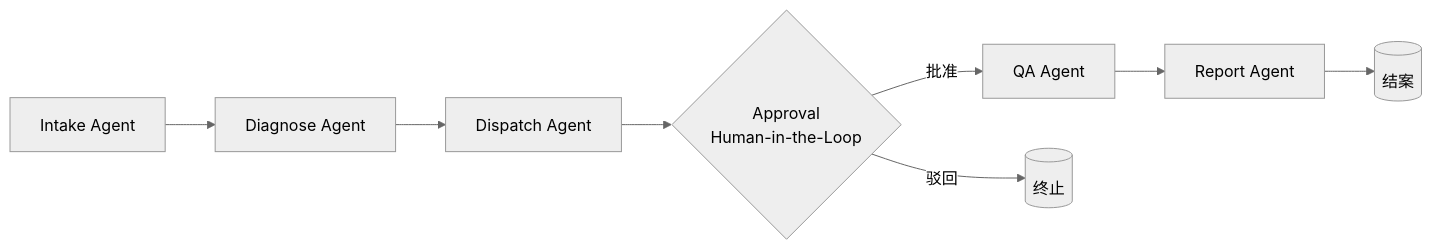
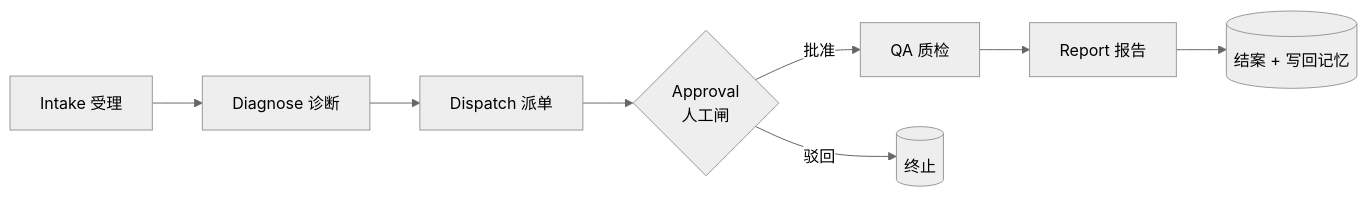
One commit to digitsouler/facility-multiagents changed the diagram in README.md. Above: the diagram before and after it, drawn with Mermaid (neutral theme). The commit also changed other lines of this file and 3 other files, not shown here.

````diff
--- a/README.md
+++ b/README.md
@@ -150,10 +55,10 @@
 ```mermaid
 graph LR
-    A[Intake Agent] --> B[Diagnose Agent]
-    B --> C[Dispatch Agent]
-    C --> D{Approval<br/>Human-in-the-Loop}
-    D -->|批准| E[QA Agent]
+    A[Intake 受理] --> B[Diagnose 诊断]
+    B --> C[Dispatch 派单]
+    C --> D{Approval<br/>人工闸}
+    D -->|批准| E[QA 质检]
     D -->|驳回| X[(终止)]
-    E --> F[Report Agent]
-    F --> G[(结案)]
+    E --> F[Report 报告]
+    F --> G[(结案 + 写回记忆)]
 ```
````
